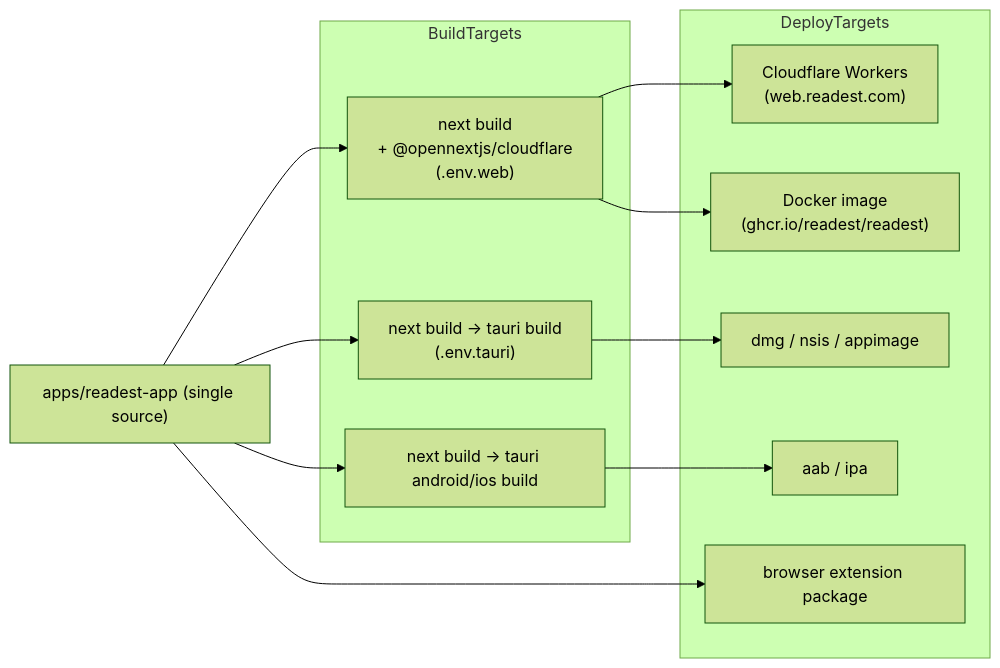
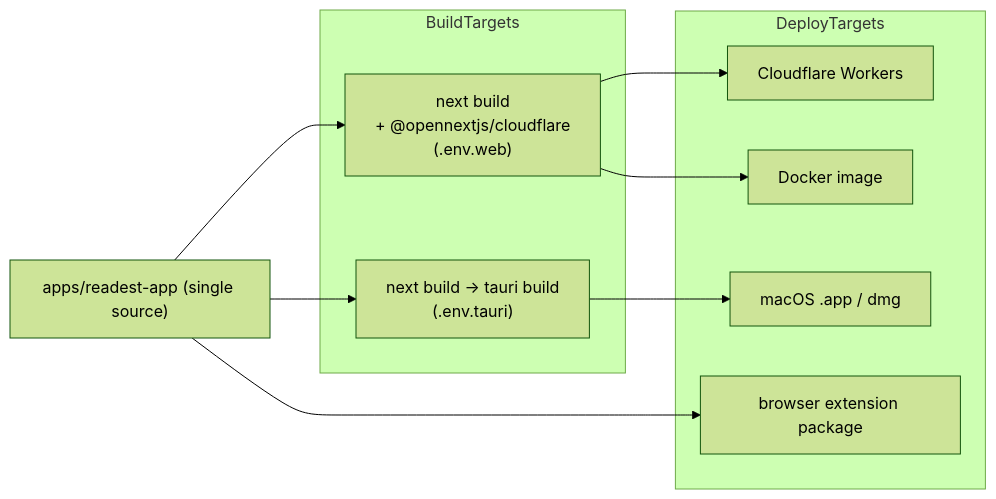
Before and after one commit to lima1217/wellread: the fifth of 5 diagrams in apps/readest-app/docs/architecture.md, drawn with Mermaid (forest theme). The commit also changed other lines of this file and 67 other files, not shown here.

````diff
--- a/apps/readest-app/docs/architecture.md
+++ b/apps/readest-app/docs/architecture.md
@@ -514,28 +506,24 @@
 ```mermaid
 flowchart LR
     Source["apps/readest-app (single source)"]
 
     subgraph BuildTargets
         BWeb["next build<br/>+ @opennextjs/cloudflare<br/>(.env.web)"]
         BTauriDesk["next build → tauri build<br/>(.env.tauri)"]
-        BTauriMob["next build → tauri android/ios build"]
     end
 
     subgraph DeployTargets
-        DCloudflare["Cloudflare Workers<br/>(web.readest.com)"]
-        DDocker["Docker image<br/>(ghcr.io/readest/readest)"]
-        DDesktop["dmg / nsis / appimage"]
-        DMobile["aab / ipa"]
+        DCloudflare["Cloudflare Workers"]
+        DDocker["Docker image"]
+        DDesktop["macOS .app / dmg"]
         DExt["browser extension package"]
     end
 
     Source --> BWeb
     Source --> BTauriDesk
-    Source --> BTauriMob
 
     BWeb --> DCloudflare
     BWeb --> DDocker
     BTauriDesk --> DDesktop
-    BTauriMob --> DMobile
     Source --> DExt
 ```
````
